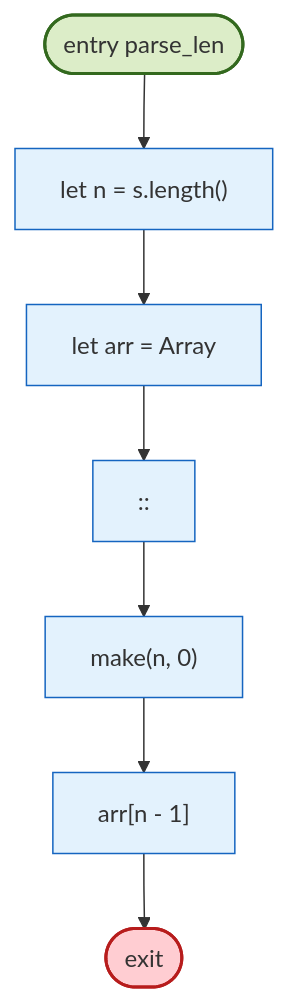
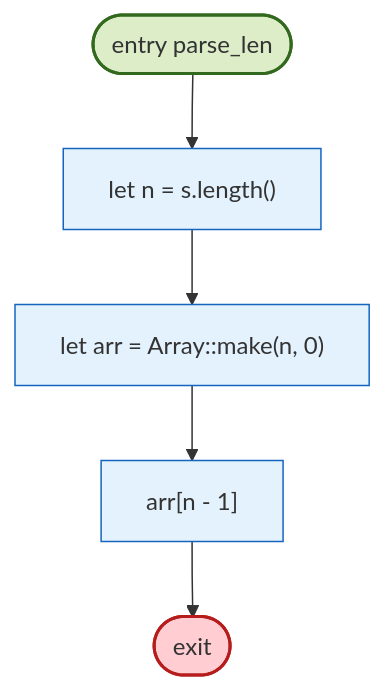
One commit to riantr/LunaFlow changed the seventh of 11 diagrams in reports/local_module_0.0.0.md. Above: the diagram before and after it, drawn with Mermaid. The commit also changed other lines of this file and 31 other files, not shown here.

````diff
--- a/reports/local_module_0.0.0.md
+++ b/reports/local_module_0.0.0.md
@@ -224,23 +220,19 @@
 ```mermaid
 flowchart TD
   classDef entryNode fill:#dcedc8,stroke:#33691e,stroke-width:2px
   classDef exitNode fill:#ffcdd2,stroke:#b71c1c,stroke-width:2px
   classDef branchNode fill:#fff9c4,stroke:#f9a825
   classDef loopNode fill:#e1bee7,stroke:#6a1b9a
   classDef mergeNode fill:#eceff1,stroke:#607d8b
   classDef deadNode fill:#eeeeee,stroke:#9e9e9e
   classDef stmtNode fill:#e3f2fd,stroke:#1565c0
   n0(["entry parse_len"]):::entryNode
   n1(["exit"]):::exitNode
   n2["let n = s.length()"]:::stmtNode
-  n3["let arr = Array"]:::stmtNode
-  n4["::"]:::stmtNode
-  n5["make(n, 0)"]:::stmtNode
-  n6["arr[n - 1]"]:::stmtNode
+  n3["let arr = Array::make(n, 0)"]:::stmtNode
+  n4["arr[n - 1]"]:::stmtNode
   n0 --> n2
   n2 --> n3
   n3 --> n4
-  n4 --> n5
-  n5 --> n6
-  n6 --> n1
+  n4 --> n1
 ```
````
